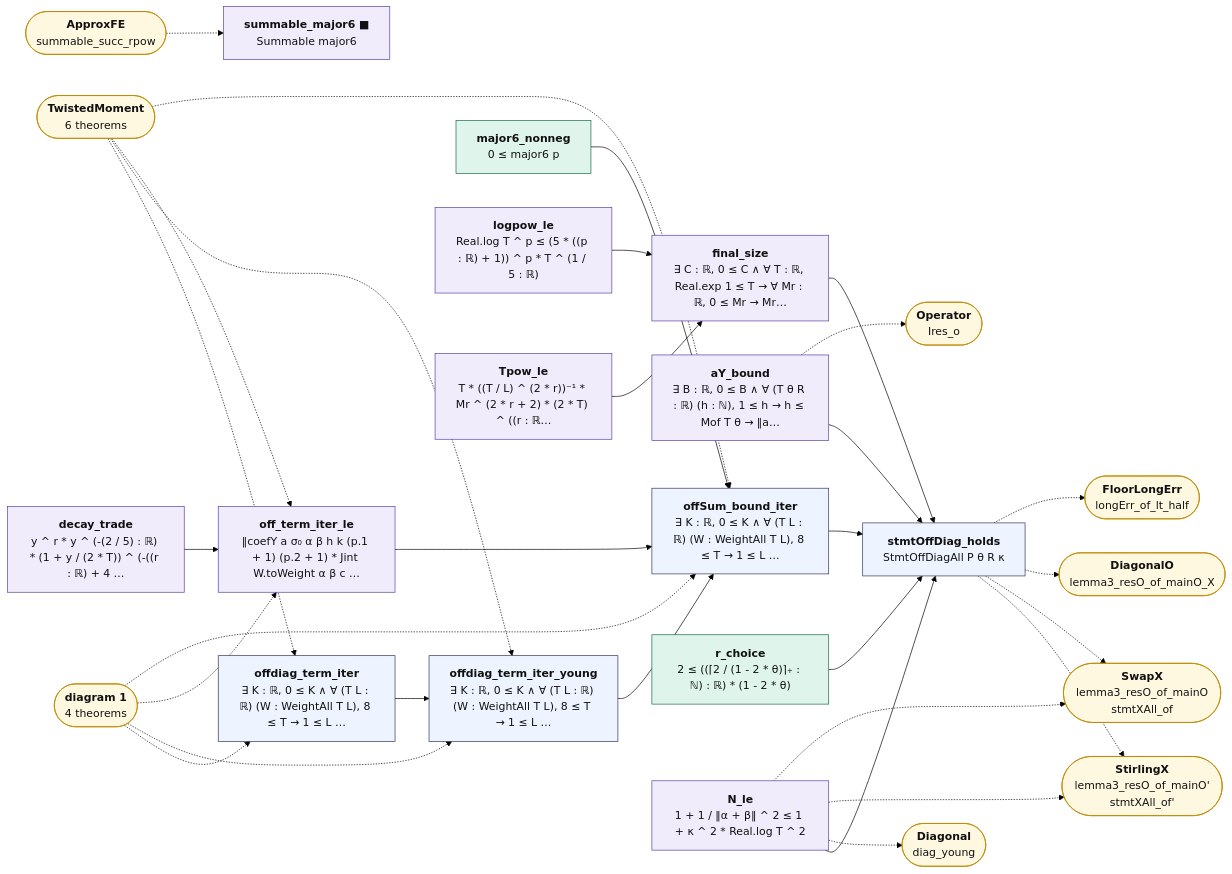
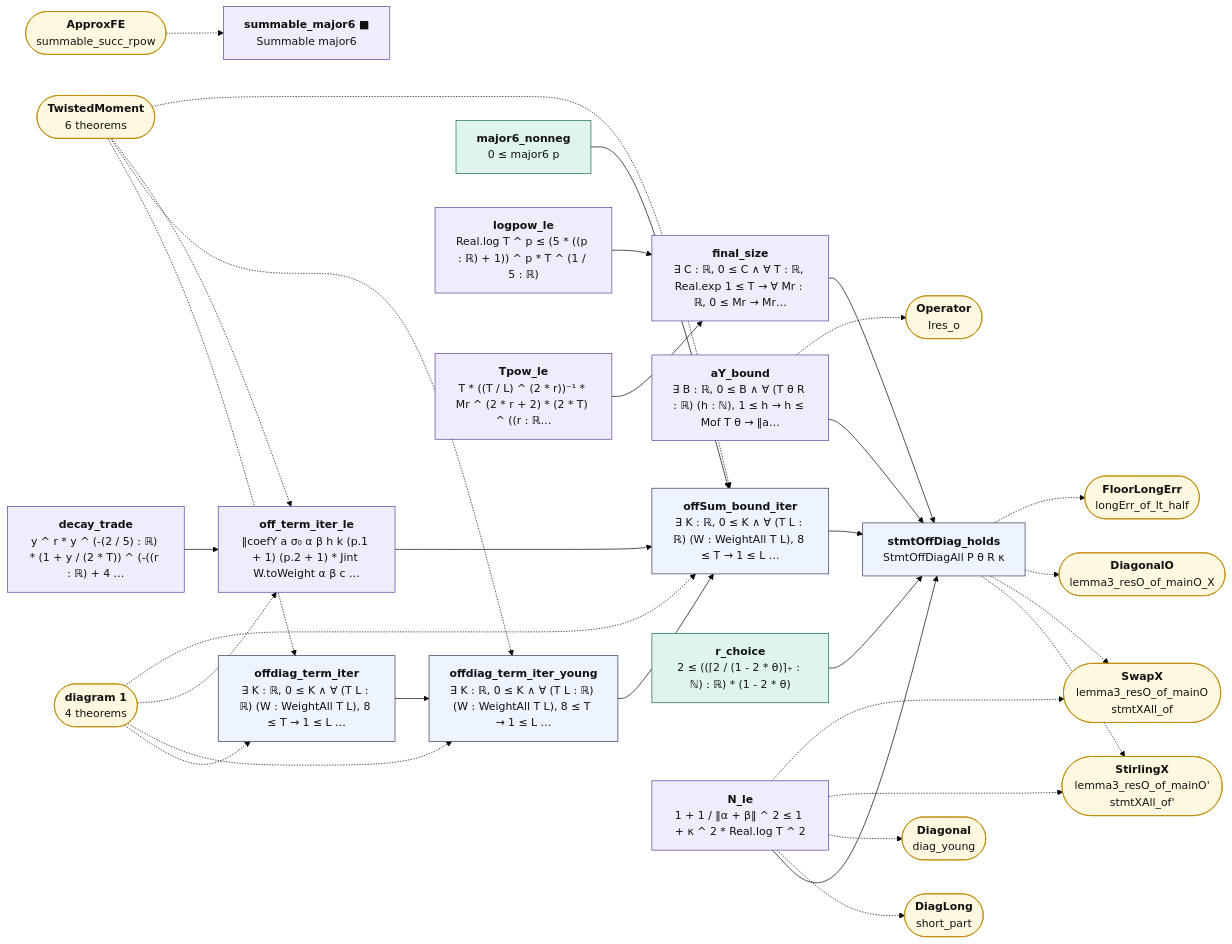
Before and after one commit to juliansambranojr/Primebeat_081426: the diagram in map/lean_stage3/OffDiagClose.2.mmd, drawn with Mermaid (forest theme). The commit also changed 25 other files, not shown here.

```diff
--- a/map/lean_stage3/OffDiagClose.2.mmd
+++ b/map/lean_stage3/OffDiagClose.2.mmd
@@ -1,61 +1,63 @@
 flowchart LR
   n0["<b>offdiag_term_iter</b><br/>∃ K : ℝ, 0 ≤ K ∧ ∀ (T L : ℝ) (W : WeightAll T L), 8 ≤ T → 1 ≤ L …"]:::thm
   n1["<b>offdiag_term_iter_young</b><br/>∃ K : ℝ, 0 ≤ K ∧ ∀ (T L : ℝ) (W : WeightAll T L), 8 ≤ T → 1 ≤ L …"]:::thm
   n2["<b>major6_nonneg</b><br/>0 ≤ major6 p"]:::cnt
   n3["<b>summable_major6 ■</b><br/>Summable major6"]:::shp
   n4["<b>decay_trade</b><br/>y ^ r * y ^ (-(2 / 5) : ℝ) * (1 + y / (2 * T)) ^ (-((r : ℝ) + 4 …"]:::shp
   n5["<b>off_term_iter_le</b><br/>‖coefY a σ₀ α β h k (p.1 + 1) (p.2 + 1) * Jint W.toWeight α β c …"]:::shp
   n6["<b>offSum_bound_iter</b><br/>∃ K : ℝ, 0 ≤ K ∧ ∀ (T L : ℝ) (W : WeightAll T L), 8 ≤ T → 1 ≤ L …"]:::thm
   n7["<b>aY_bound</b><br/>∃ B : ℝ, 0 ≤ B ∧ ∀ (T θ R : ℝ) (h : ℕ), 1 ≤ h → h ≤ Mof T θ → ‖a…"]:::shp
   n8["<b>logpow_le</b><br/>Real.log T ^ p ≤ (5 * ((p : ℝ) + 1)) ^ p * T ^ (1 / 5 : ℝ)"]:::shp
   n9["<b>Tpow_le</b><br/>T * ((T / L) ^ (2 * r))⁻¹ * Mr ^ (2 * r + 2) * (2 * T) ^ ((r : ℝ…"]:::shp
   n10["<b>final_size</b><br/>∃ C : ℝ, 0 ≤ C ∧ ∀ T : ℝ, Real.exp 1 ≤ T → ∀ Mr : ℝ, 0 ≤ Mr → Mr…"]:::shp
   n11["<b>r_choice</b><br/>2 ≤ ((⌈2 / (1 - 2 * θ)⌉₊ : ℕ) : ℝ) * (1 - 2 * θ)"]:::cnt
   n12["<b>N_le</b><br/>1 + 1 / ‖α + β‖ ^ 2 ≤ 1 + κ ^ 2 * Real.log T ^ 2"]:::shp
   n13["<b>stmtOffDiag_holds</b><br/>StmtOffDiagAll P θ R κ"]:::thm
   x0(["<b>diagram 1</b><br/>4 theorems"]):::ext
   x1(["<b>TwistedMoment</b><br/>6 theorems"]):::ext
   x2(["<b>ApproxFE</b><br/>summable_succ_rpow"]):::ext
   x3(["<b>Operator</b><br/>Ires_o"]):::ext
-  x4(["<b>Diagonal</b><br/>diag_young"]):::ext
-  x5(["<b>StirlingX</b><br/>lemma3_resO_of_mainO'<br/>stmtXAll_of'"]):::ext
-  x6(["<b>SwapX</b><br/>lemma3_resO_of_mainO<br/>stmtXAll_of"]):::ext
-  x7(["<b>DiagonalO</b><br/>lemma3_resO_of_mainO_X"]):::ext
-  x8(["<b>FloorLongErr</b><br/>longErr_of_lt_half"]):::ext
+  x4(["<b>DiagLong</b><br/>short_part"]):::ext
+  x5(["<b>Diagonal</b><br/>diag_young"]):::ext
+  x6(["<b>StirlingX</b><br/>lemma3_resO_of_mainO'<br/>stmtXAll_of'"]):::ext
+  x7(["<b>SwapX</b><br/>lemma3_resO_of_mainO<br/>stmtXAll_of"]):::ext
+  x8(["<b>DiagonalO</b><br/>lemma3_resO_of_mainO_X"]):::ext
+  x9(["<b>FloorLongErr</b><br/>longErr_of_lt_half"]):::ext
   n0 --> n1
   n1 --> n6
   n10 --> n13
   n11 --> n13
   n12 --> n13
   n2 --> n6
   n4 --> n5
   n5 --> n6
   n6 --> n13
   n7 --> n13
   n8 --> n10
   n9 --> n10
   n12 -.-> x4
   n12 -.-> x5
   n12 -.-> x6
-  n13 -.-> x5
+  n12 -.-> x7
   n13 -.-> x6
   n13 -.-> x7
   n13 -.-> x8
+  n13 -.-> x9
   n7 -.-> x3
   x0 -.-> n0
   x0 -.-> n1
   x0 -.-> n5
   x0 -.-> n6
   x1 -.-> n0
   x1 -.-> n1
   x1 -.-> n5
   x1 -.-> n6
   x2 -.-> n3
   classDef cnt fill:#dff5ec,stroke:#17694a,color:#111
   classDef shp fill:#f1ecfb,stroke:#5b3fa0,color:#111
   classDef rh fill:#ffe5e5,stroke:#c22,color:#111,stroke-width:2px
   classDef thm fill:#eef4ff,stroke:#335,color:#111
   classDef end_ fill:#e7f7e7,stroke:#2a7,color:#111,stroke-width:2px
   classDef lone fill:#fff,stroke:#999,color:#111,stroke-dasharray:4 3
   classDef bad fill:#ffe5e5,stroke:#c22,color:#111,stroke-width:2px
   classDef ext fill:#fff8e1,stroke:#b80,color:#111
```
